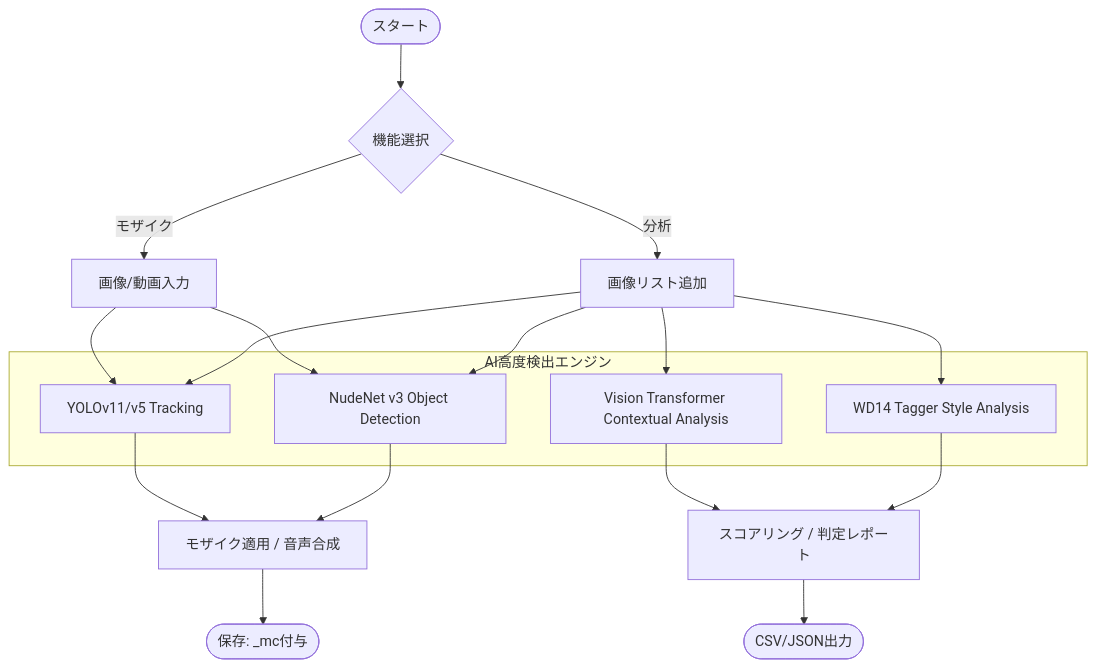
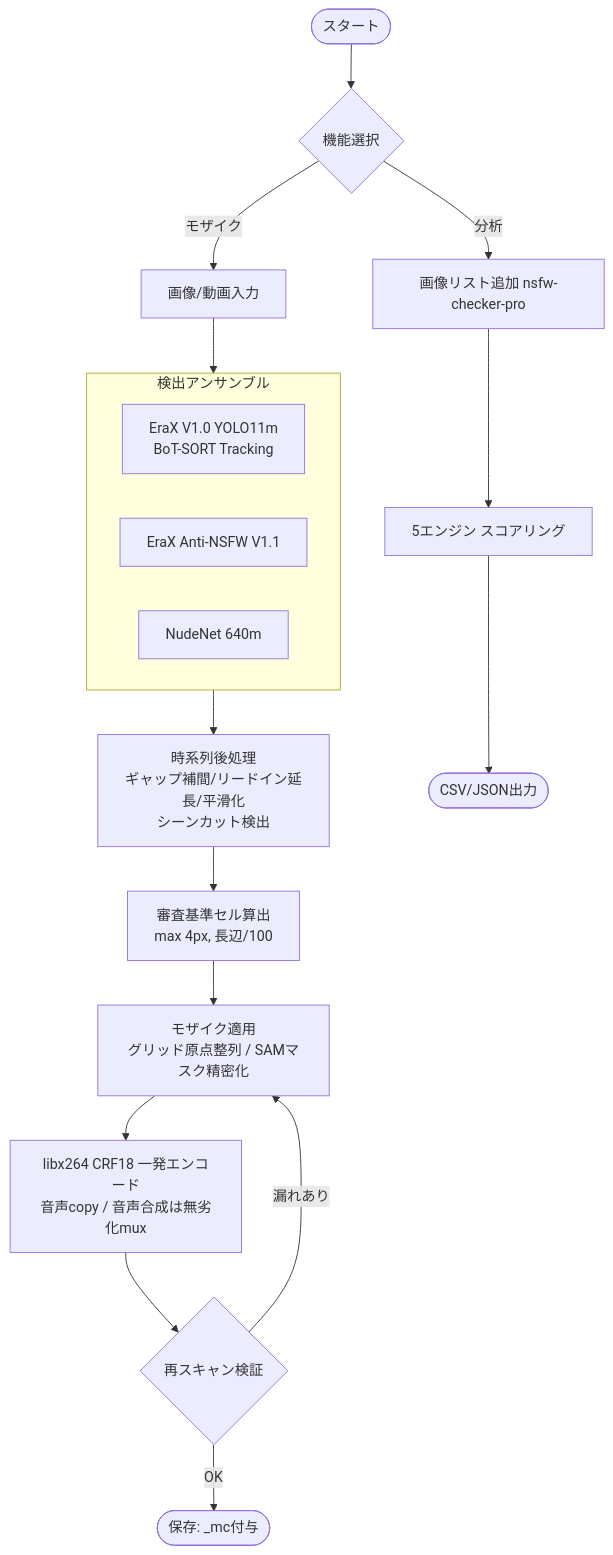
The diagram in README.md (igashira0324/nsfw-mosaic-auto), drawn with Mermaid before and after one commit. The commit also changed other lines of this file and 12 other files, not shown here.

````diff
--- a/README.md
+++ b/README.md
@@ -39,22 +94,24 @@
 ```mermaid
 flowchart TD
     Start([スタート]) --> Select{機能選択}
     Select -->|モザイク| M_Input[画像/動画入力]
-    Select -->|分析| A_Input[画像リスト追加]
-    
-    subgraph AI_Detection [AI高度検出エンジン]
-        YOLO[YOLOv11/v5 Tracking]
-        NN[NudeNet v3 Object Detection]
-        ViT[Vision Transformer Contextual Analysis]
-        WD[WD14 Tagger Style Analysis]
+    Select -->|分析| A_Input[画像リスト追加 nsfw-checker-pro]
+
+    subgraph Detect [検出アンサンブル]
+        Y0[EraX V1.0 YOLO11m<br>BoT-SORT Tracking]
+        Y1[EraX Anti-NSFW V1.1]
+        NN[NudeNet 640m]
     end
-    
-    M_Input --> YOLO & NN
-    A_Input --> YOLO & NN & ViT & WD
-    
-    YOLO & NN --> Mosaic[モザイク適用 / 音声合成]
-    ViT & WD --> Score[スコアリング / 判定レポート]
-    
-    Mosaic --> M_End([保存: _mc付与])
+
+    M_Input --> Detect
+    Detect --> TL[時系列後処理<br>ギャップ補間/リードイン延長/平滑化<br>シーンカット検出]
+    TL --> Cell[審査基準セル算出<br>max 4px, 長辺/100]
+    Cell --> Apply[モザイク適用<br>グリッド原点整列 / SAMマスク精密化]
+    Apply --> Enc[libx264 CRF18 一発エンコード<br>音声copy / 音声合成は無劣化mux]
+    Enc --> Verify{再スキャン検証}
+    Verify -->|漏れあり| Apply
+    Verify -->|OK| M_End([保存: _mc付与])
+
+    A_Input --> Score[5エンジン スコアリング]
     Score --> A_End([CSV/JSON出力])
 ```
````
